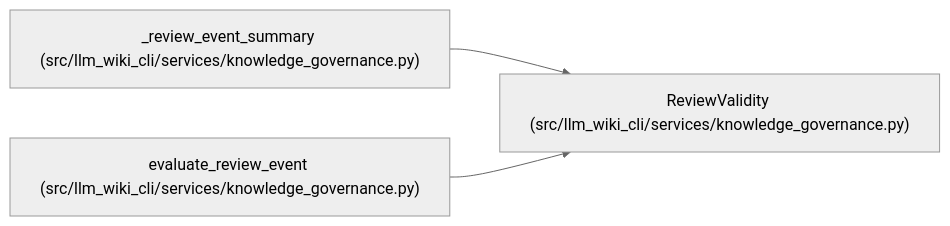
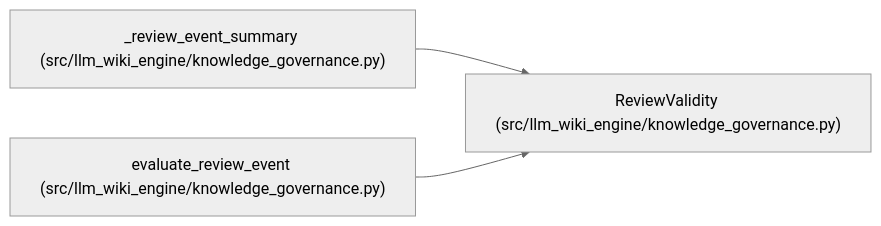
Before and after one commit to Denissvgn/python-wiki-llm: the diagram in docs/llm_wiki/entities/ReviewValidity.md, drawn with Mermaid (neutral theme). The commit also changed other lines of this file and 1058 other files, not shown here.

First line of the commit message:
docs: refresh the wiki for the knowledge store move

````diff
--- a/docs/llm_wiki/entities/ReviewValidity.md
+++ b/docs/llm_wiki/entities/ReviewValidity.md
@@ -31,11 +31,11 @@
 ```mermaid
 flowchart LR
-    n0["ReviewValidity (src/llm_wiki_cli/services/knowledge_governance.py)"]
-    n1["_review_event_summary (src/llm_wiki_cli/services/knowledge_governance.py)"]
-    n2["evaluate_review_event (src/llm_wiki_cli/services/knowledge_governance.py)"]
+    n0["ReviewValidity (src/llm_wiki_engine/knowledge_governance.py)"]
+    n1["_review_event_summary (src/llm_wiki_engine/knowledge_governance.py)"]
+    n2["evaluate_review_event (src/llm_wiki_engine/knowledge_governance.py)"]
     n1 --> n0
     n2 --> n0
     click n0 "../modules/knowledge_governance.md"
     click n1 "../modules/knowledge_governance.md"
     click n2 "../modules/knowledge_governance.md"
 ```
````
